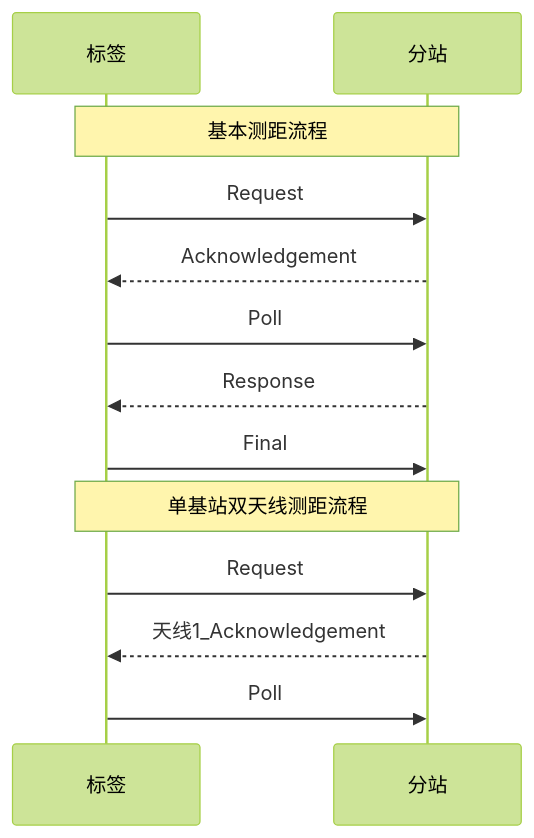
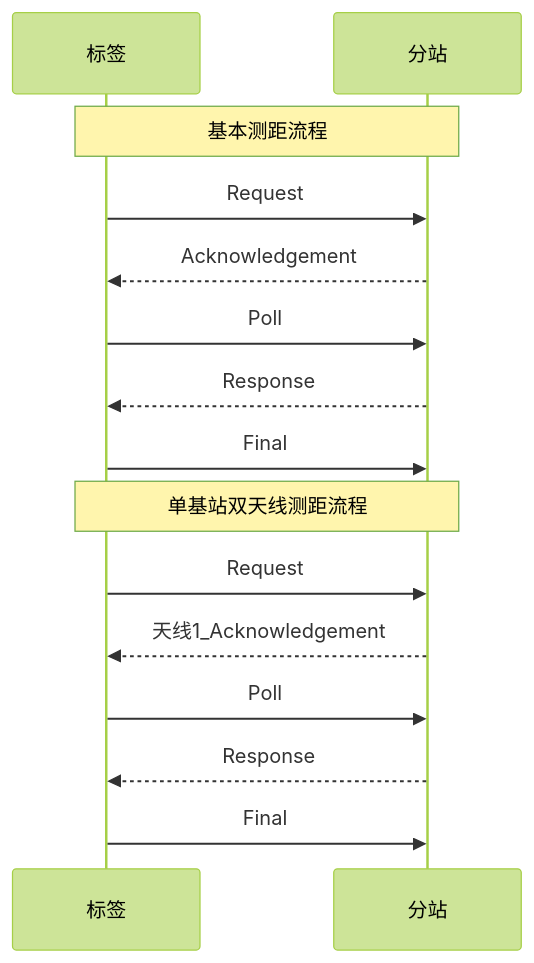
The diagram in all/未命名.md (geek-zhao/iodraw-files), drawn with Mermaid (forest theme) before and after one commit.

Commit message:
2024-08-17 14:06:06 update

````diff
--- a/all/未命名.md
+++ b/all/未命名.md
@@ -1,20 +1,22 @@
 ```mermaid
 sequenceDiagram
     participant tag as 标签
     participant anchor as 分站
 
     Note over tag,anchor: 基本测距流程
 
     tag->>anchor: Request
     anchor-->>tag: Acknowledgement
     tag->>anchor: Poll
     anchor-->>tag: Response
     tag->>anchor: Final       
 
     Note over tag,anchor: 单基站双天线测距流程
 
     tag->>anchor: Request
     anchor-->>tag: 天线1_Acknowledgement
     tag->>anchor: Poll
+    anchor-->>tag: Response
+    tag->>anchor: Final   
 
 ```
````
